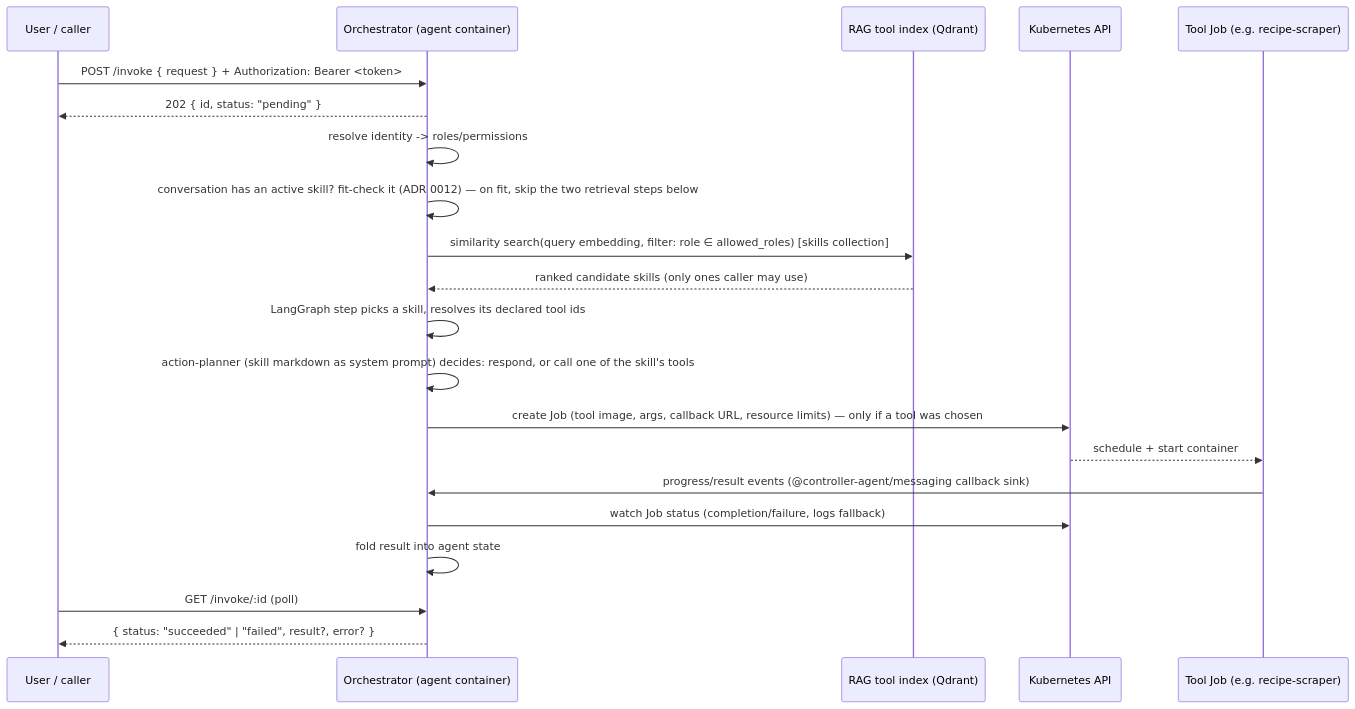
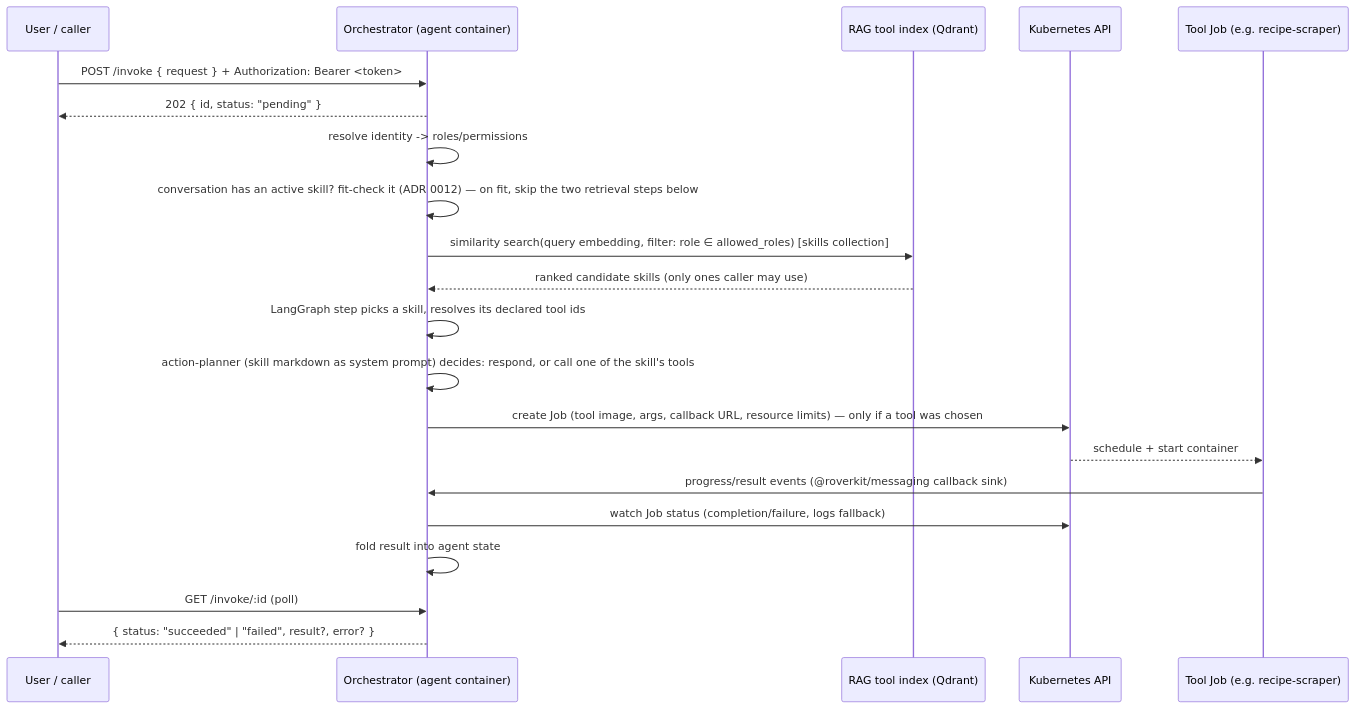
The diagram in docs/orchestrator.md (imaustink/agent-controller), drawn with Mermaid before and after one commit. The commit also changed other lines of this file and 393 other files, not shown here.

````diff
--- a/docs/orchestrator.md
+++ b/docs/orchestrator.md
@@ -32,24 +32,24 @@
 ```mermaid
 sequenceDiagram
     participant U as User / caller
     participant O as Orchestrator (agent container)
     participant R as RAG tool index (Qdrant)
     participant K as Kubernetes API
     participant T as Tool Job (e.g. recipe-scraper)
 
     U->>O: POST /invoke { request } + Authorization: Bearer <token>
     O-->>U: 202 { id, status: "pending" }
     O->>O: resolve identity -> roles/permissions
     O->>O: conversation has an active skill? fit-check it (ADR 0012) — on fit, skip the two retrieval steps below
     O->>R: similarity search(query embedding, filter: role ∈ allowed_roles) [skills collection]
     R-->>O: ranked candidate skills (only ones caller may use)
     O->>O: LangGraph step picks a skill, resolves its declared tool ids
     O->>O: action-planner (skill markdown as system prompt) decides: respond, or call one of the skill's tools
     O->>K: create Job (tool image, args, callback URL, resource limits) — only if a tool was chosen
     K-->>T: schedule + start container
-    T->>O: progress/result events (@controller-agent/messaging callback sink)
+    T->>O: progress/result events (@roverkit/messaging callback sink)
     O->>K: watch Job status (completion/failure, logs fallback)
     O->>O: fold result into agent state
     U->>O: GET /invoke/:id (poll)
     O-->>U: { status: "succeeded" | "failed", result?, error? }
 ```
````
